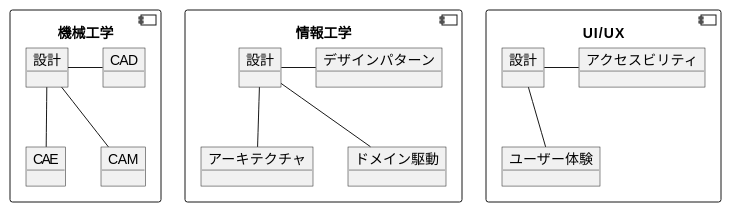
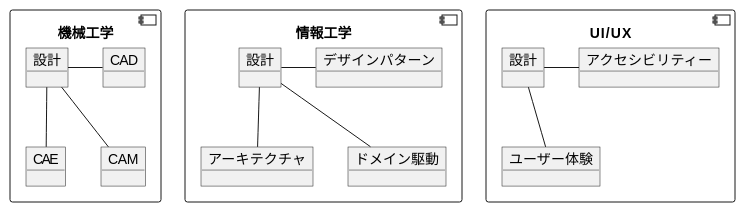
The seventh of 19 diagrams in docs/slides/episode03.md (k2works/pragmatic-presentation-exercise-2024), drawn with PlantUML before and after one commit. The commit also changed other lines of this file and 1 other file, not shown here.

````diff
--- a/docs/slides/episode03.md
+++ b/docs/slides/episode03.md
@@ -243,34 +242,34 @@
 ```plantuml
 @startuml
 component 機械工学 {
 	object "設計" as b 
 	object "CAD" as b_1
 	object "CAE" as b_2
 	object "CAM" as b_3
 
   b - b_1
 	b -- b_2
 	b -- b_3
 }
 
 component  情報工学 {
 	object "設計" as a
 	object "デザインパターン" as a_1
 	object "アーキテクチャ" as a_2
 	object "ドメイン駆動" as a_3
 
 	a - a_1
 	a -- a_2
 	a -- a_3
 }
 
 component UI/UX {
 	object "設計" as c
-	object "アクセスビリティ" as c_1
+	object "アクセシビリティー" as c_1
 	object "ユーザー体験" as c_2
 
 	c - c_1
 	c -- c_2
 }
 @enduml
 ```
````
